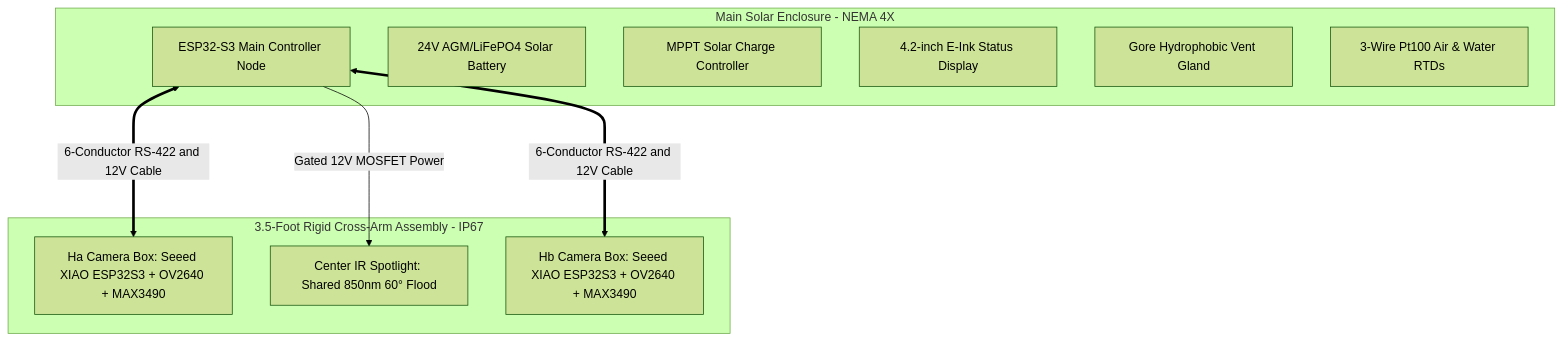
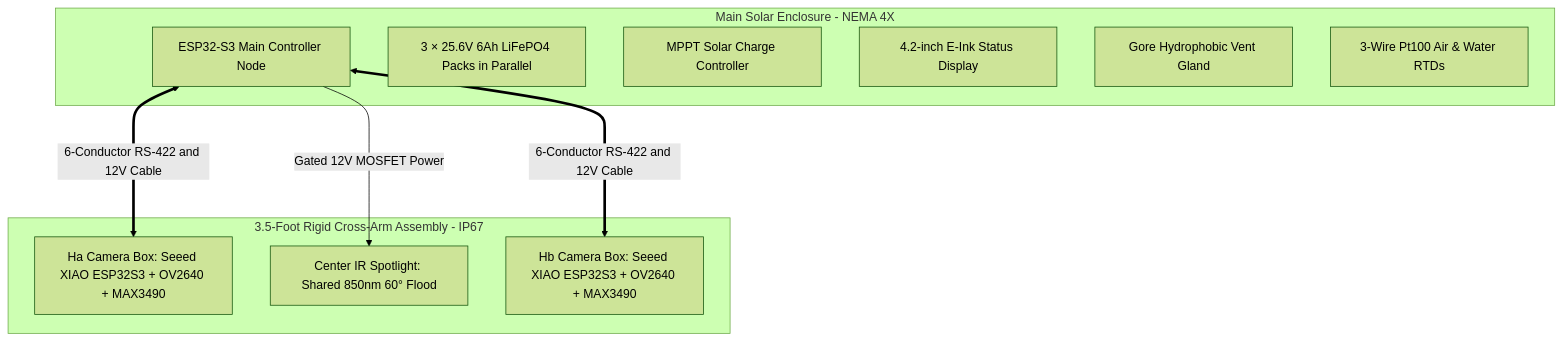
One commit to Version2beta/Brady_flume changed the diagram in README.md. Above: the diagram before and after it, drawn with Mermaid (forest theme). The commit also changed other lines of this file and 4 other files, not shown here.

````diff
--- a/README.md
+++ b/README.md
@@ -55,21 +58,21 @@
 ```mermaid
 graph TD
     subgraph Main_Solar_Enclosure [Main Solar Enclosure - NEMA 4X]
         Main_ESP32[ESP32-S3 Main Controller Node]
-        Battery[24V AGM/LiFePO4 Solar Battery]
+        Battery[3 × 25.6V 6Ah LiFePO4 Packs in Parallel]
         Solar_MPPT[MPPT Solar Charge Controller]
         EPaper[4.2-inch E-Ink Status Display]
         Gore_Vent[Gore Hydrophobic Vent Gland]
         RTDs[3-Wire Pt100 Air & Water RTDs]
     end
 
     subgraph Cross_Arm_Assembly [3.5-Foot Rigid Cross-Arm Assembly - IP67]
         Ha_Cam[Ha Camera Box: Seeed XIAO ESP32S3 + OV2640 + MAX3490]
         Center_IR[Center IR Spotlight: Shared 850nm 60° Flood]
         Hb_Cam[Hb Camera Box: Seeed XIAO ESP32S3 + OV2640 + MAX3490]
     end
 
     Main_ESP32 <==>|6-Conductor RS-422 and 12V Cable| Ha_Cam
     Main_ESP32 <==>|6-Conductor RS-422 and 12V Cable| Hb_Cam
     Main_ESP32 --->|Gated 12V MOSFET Power| Center_IR
 ```
````
